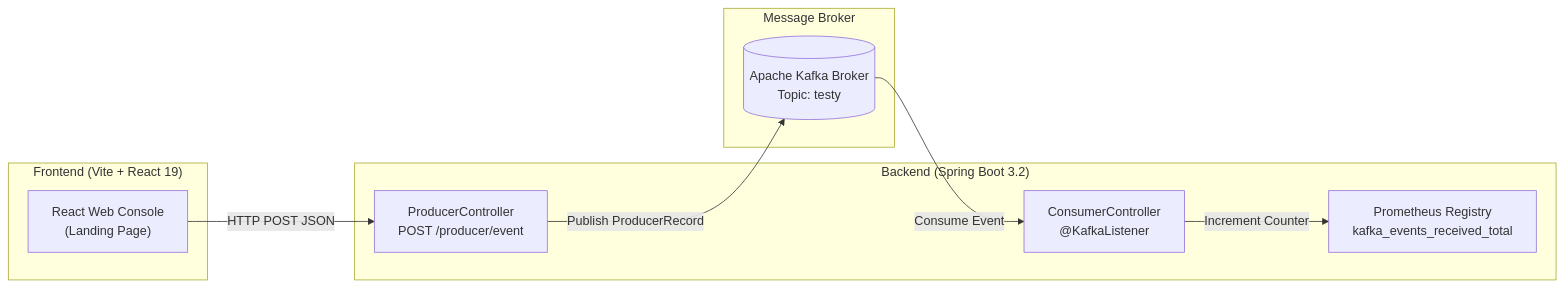
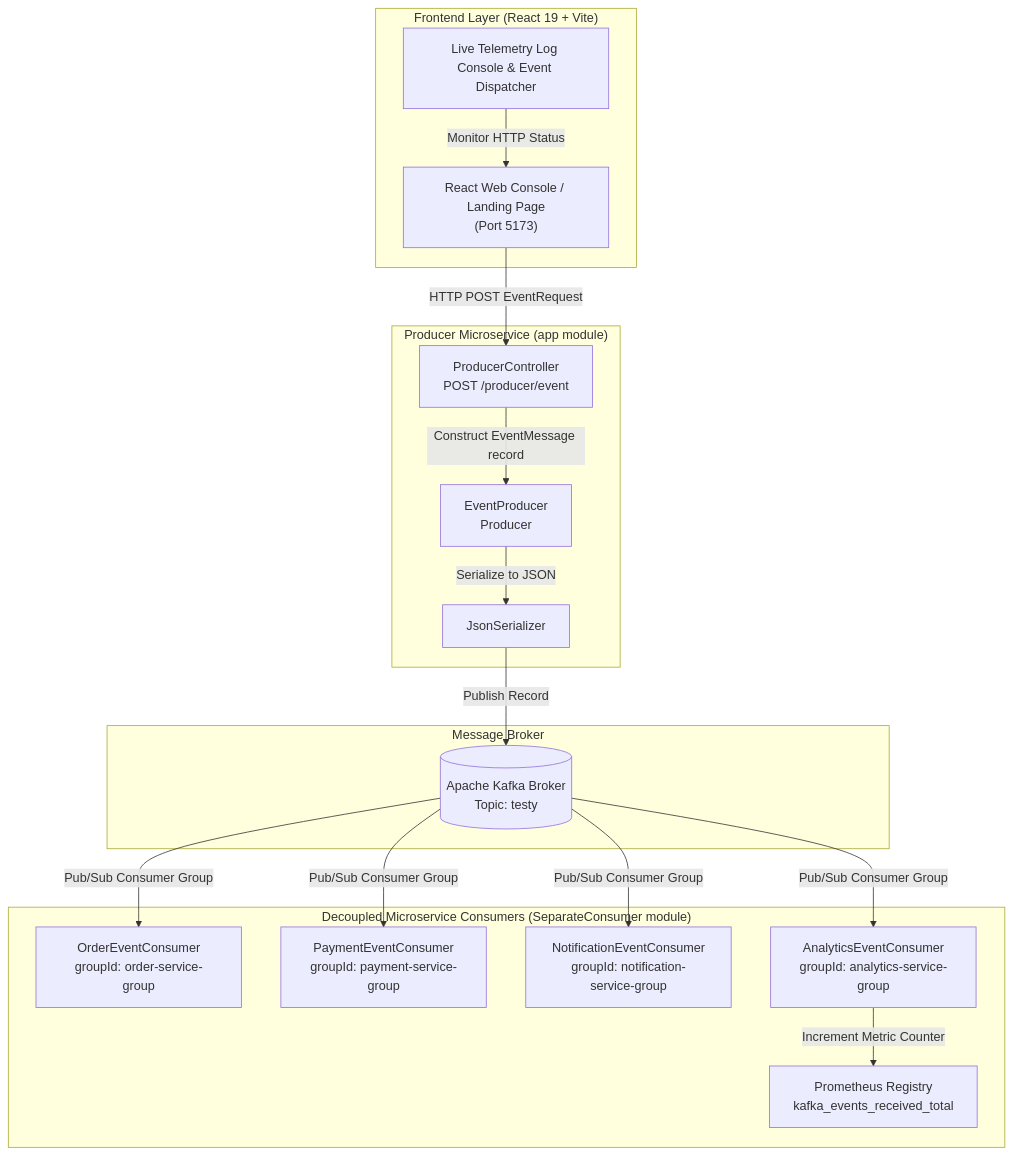
The diagram in README.md (bishal7448/ProducerConsumer-kafka), drawn with Mermaid before and after one commit. The commit also changed other lines of this file and 46 other files, not shown here.

Commit message:
kafka-producer/consumer-updated

````diff
--- a/README.md
+++ b/README.md
@@ -17,21 +17,37 @@
 ```mermaid
-flowchart LR
-    subgraph Frontend ["Frontend (Vite + React 19)"]
-        UI["React Web Console\n(Landing Page)"]
+flowchart TD
+    subgraph Frontend ["Frontend Layer (React 19 + Vite)"]
+        UI["React Web Console / Landing Page\n(Port 5173)"]
+        CONSOLE["Live Telemetry Log Console & Event Dispatcher"]
     end
 
-    subgraph Backend ["Backend (Spring Boot 3.2)"]
+    subgraph BackendProducer ["Producer Microservice (app module)"]
         REST["ProducerController\nPOST /producer/event"]
-        Consumer["ConsumerController\n@KafkaListener"]
-        Metrics["Prometheus Registry\nkafka_events_received_total"]
+        PROD["EventProducer\nProducer<String, EventMessage>"]
+        JSON_PROD["JsonSerializer"]
     end
 
-    subgraph Messaging ["Message Broker"]
+    subgraph Broker ["Message Broker"]
         Kafka[("Apache Kafka Broker\nTopic: testy")]
     end
 
-    UI -->|HTTP POST JSON| REST
-    REST -->|Publish ProducerRecord| Kafka
-    Kafka -->|Consume Event| Consumer
-    Consumer -->|Increment Counter| Metrics
+    subgraph Consumers ["Decoupled Microservice Consumers (SeparateConsumer module)"]
+        CON_ORDER["OrderEventConsumer\ngroupId: order-service-group"]
+        CON_PAY["PaymentEventConsumer\ngroupId: payment-service-group"]
+        CON_NOTIF["NotificationEventConsumer\ngroupId: notification-service-group"]
+        CON_ANALYTICS["AnalyticsEventConsumer\ngroupId: analytics-service-group"]
+        METRICS["Prometheus Registry\nkafka_events_received_total"]
+    end
+
+    UI -->|HTTP POST EventRequest| REST
+    CONSOLE -->|Monitor HTTP Status| UI
+    REST -->|Construct EventMessage record| PROD
+    PROD -->|Serialize to JSON| JSON_PROD
+    JSON_PROD -->|Publish Record| Kafka
+
+    Kafka -->|Pub/Sub Consumer Group| CON_ORDER
+    Kafka -->|Pub/Sub Consumer Group| CON_PAY
+    Kafka -->|Pub/Sub Consumer Group| CON_NOTIF
+    Kafka -->|Pub/Sub Consumer Group| CON_ANALYTICS
+    CON_ANALYTICS -->|Increment Metric Counter| METRICS
 ```
````
